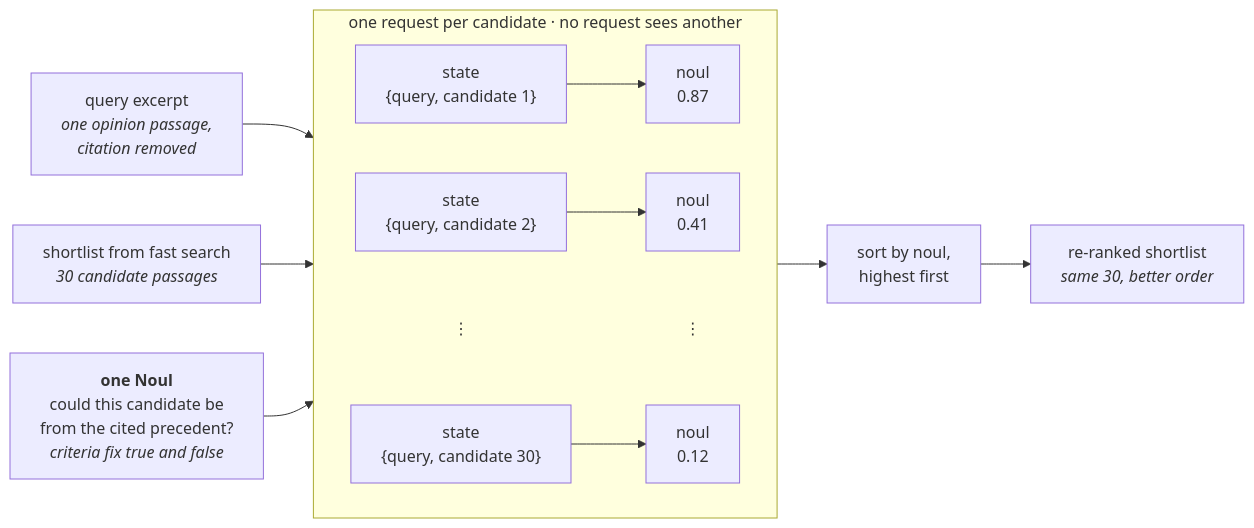
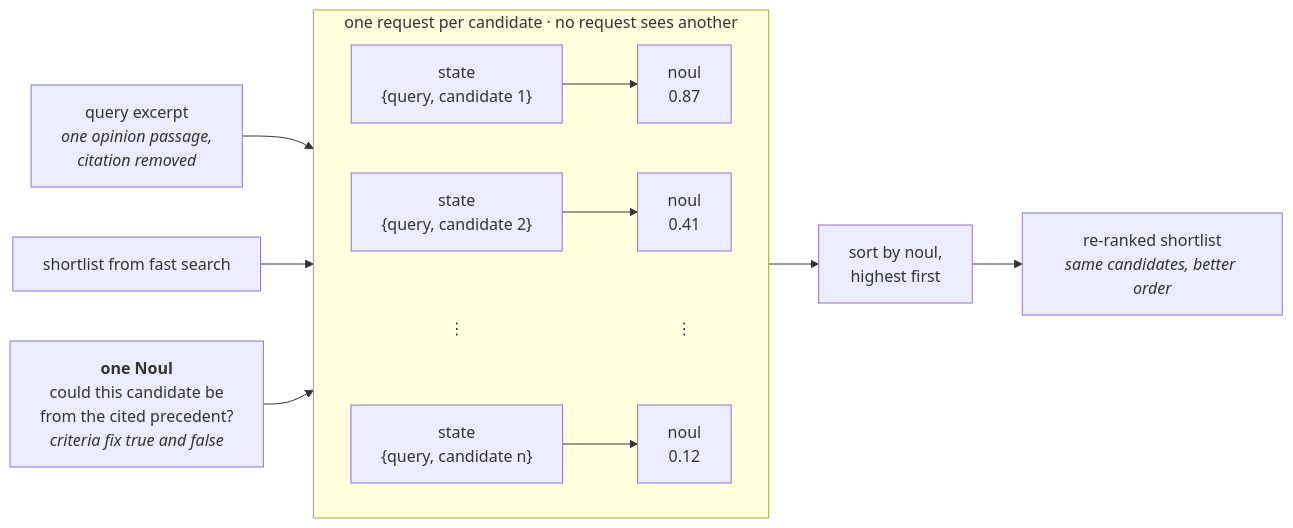
Before and after one commit to IamKrill1n/typesafe-docs: the diagram in docs/cookbooks/rerank_typesafe.md, drawn with Mermaid. The commit also changed other lines of this file and 32 other files, not shown here.

````diff
--- a/docs/cookbooks/rerank_typesafe.md
+++ b/docs/cookbooks/rerank_typesafe.md
@@ -133,29 +105,29 @@
 ```mermaid actions={true}
 flowchart LR
     q["query excerpt<br/><i>one opinion passage,<br/>citation removed</i>"]
-    sl["shortlist from fast search<br/><i>30 candidate passages</i>"]
+    sl["shortlist from fast search"]
     quest["<b>one Noul</b><br/>could this candidate be<br/>from the cited precedent?<br/><i>criteria fix true and false</i>"]
 
     %% direction LR inside an LR chart keeps each state beside its noul, two columns,
     %% so the fan-out is four rows tall instead of eight
     subgraph fan["one request per candidate · no request sees another"]
         direction LR
         d1["state<br/>{query, candidate 1}"] --> n1["noul<br/>0.87"]
         d2["state<br/>{query, candidate 2}"] --> n2["noul<br/>0.41"]
         dx["⋮"] --> nx["⋮"]
-        d30["state<br/>{query, candidate 30}"] --> n30["noul<br/>0.12"]
+        d30["state<br/>{query, candidate n}"] --> n30["noul<br/>0.12"]
     end
 
     sort["sort by noul,<br/>highest first"]
-    out["re-ranked shortlist<br/><i>same 30, better order</i>"]
+    out["re-ranked shortlist<br/><i>same candidates, better order</i>"]
 
     q --> fan
     sl --> fan
     quest --> fan
     fan --> sort --> out
 
-    %% the elision is not a node - drop its box so it reads as "and so on"
+    %% the elision is not a node, so drop its box and it reads as "and so on"
     classDef elide fill:none,stroke:none
     class dx,nx elide
     linkStyle 2 stroke:none
 ```
````
